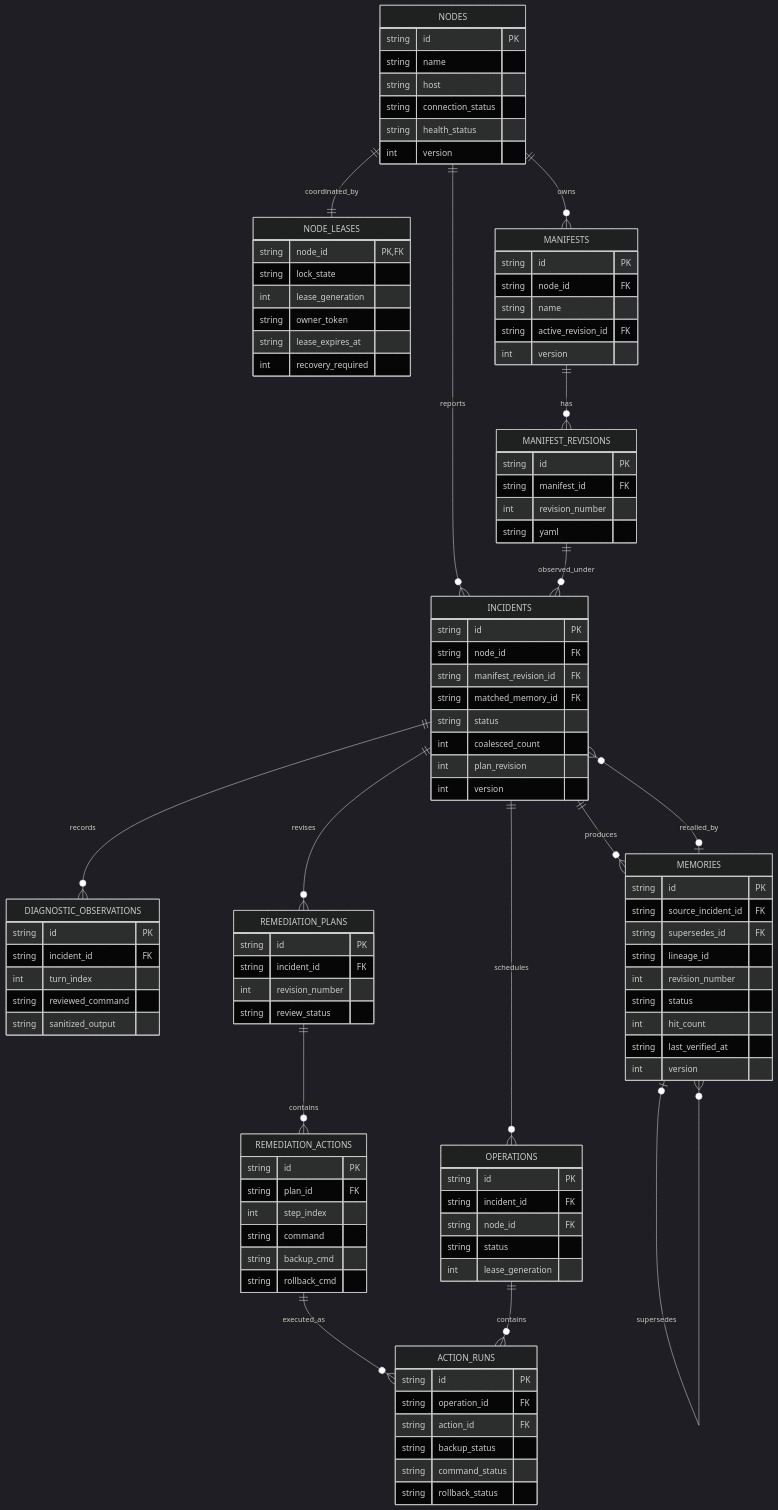
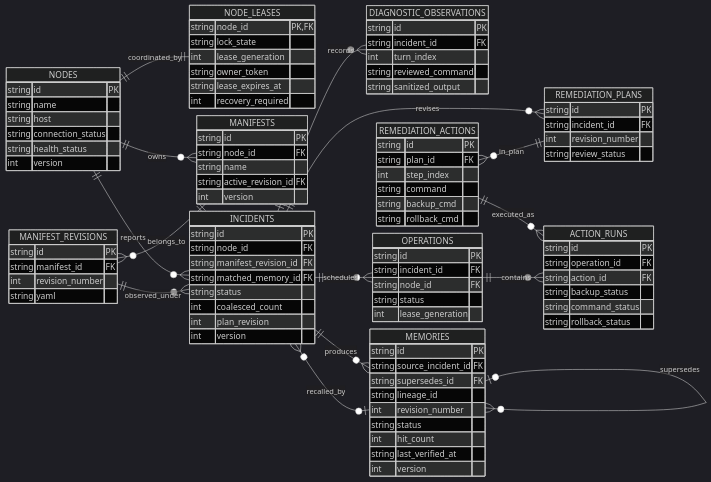
The fifth of 15 diagrams in hw2/design.md (crane-fog/SAD-Proj), drawn with Mermaid (dark theme) before and after one commit. The commit also changed other lines of this file and 10 other files, not shown here.

````diff
--- a/hw2/design.md
+++ b/hw2/design.md
@@ -459,19 +444,21 @@
 ```mermaid
+%%{init: {'nodeSpacing': 14, 'rankSpacing': 24, 'er': {'entityPadding': 3, 'minEntityHeight': 24, 'diagramPadding': 4, 'fontSize': 12}}}%%
 erDiagram
+    direction LR
     NODES ||--|| NODE_LEASES : coordinated_by
     NODES ||--o{ MANIFESTS : owns
-    MANIFESTS ||--o{ MANIFEST_REVISIONS : has
+    MANIFEST_REVISIONS }o--|| MANIFESTS : belongs_to
     NODES ||--o{ INCIDENTS : reports
     MANIFEST_REVISIONS ||--o{ INCIDENTS : observed_under
     INCIDENTS ||--o{ DIAGNOSTIC_OBSERVATIONS : records
     INCIDENTS ||--o{ REMEDIATION_PLANS : revises
-    REMEDIATION_PLANS ||--o{ REMEDIATION_ACTIONS : contains
     INCIDENTS ||--o{ OPERATIONS : schedules
-    REMEDIATION_ACTIONS ||--o{ ACTION_RUNS : executed_as
-    OPERATIONS ||--o{ ACTION_RUNS : contains
     INCIDENTS ||--o{ MEMORIES : produces
     MEMORIES o|--o{ MEMORIES : supersedes
     MEMORIES o|--o{ INCIDENTS : recalled_by
+    REMEDIATION_ACTIONS }o--|| REMEDIATION_PLANS : in_plan
+    REMEDIATION_ACTIONS ||--o{ ACTION_RUNS : executed_as
+    OPERATIONS ||--o{ ACTION_RUNS : contains
 
     NODES {
         string id PK
````
